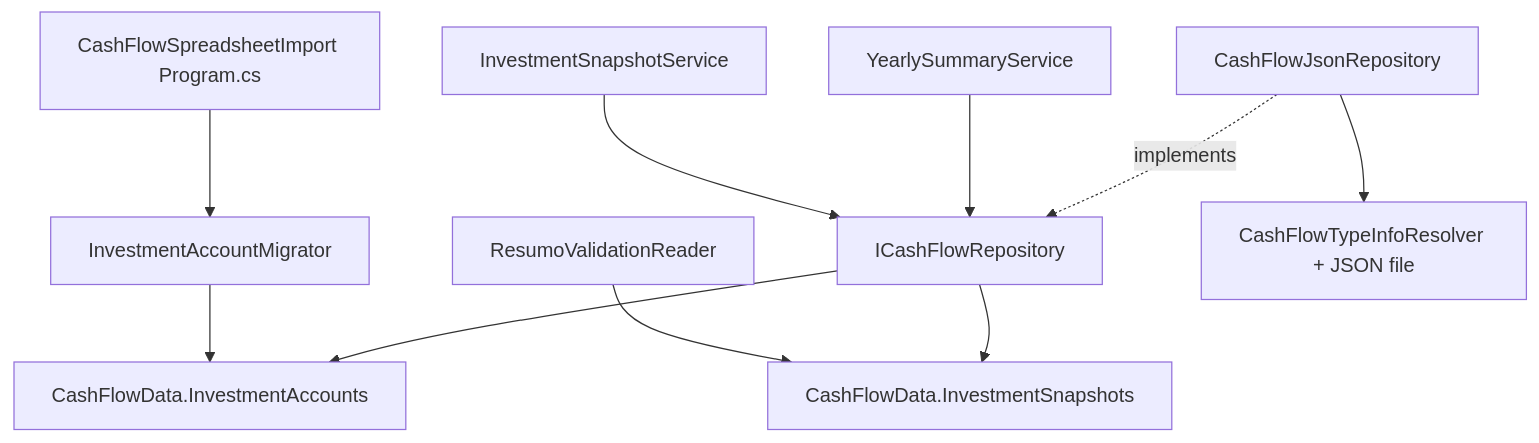
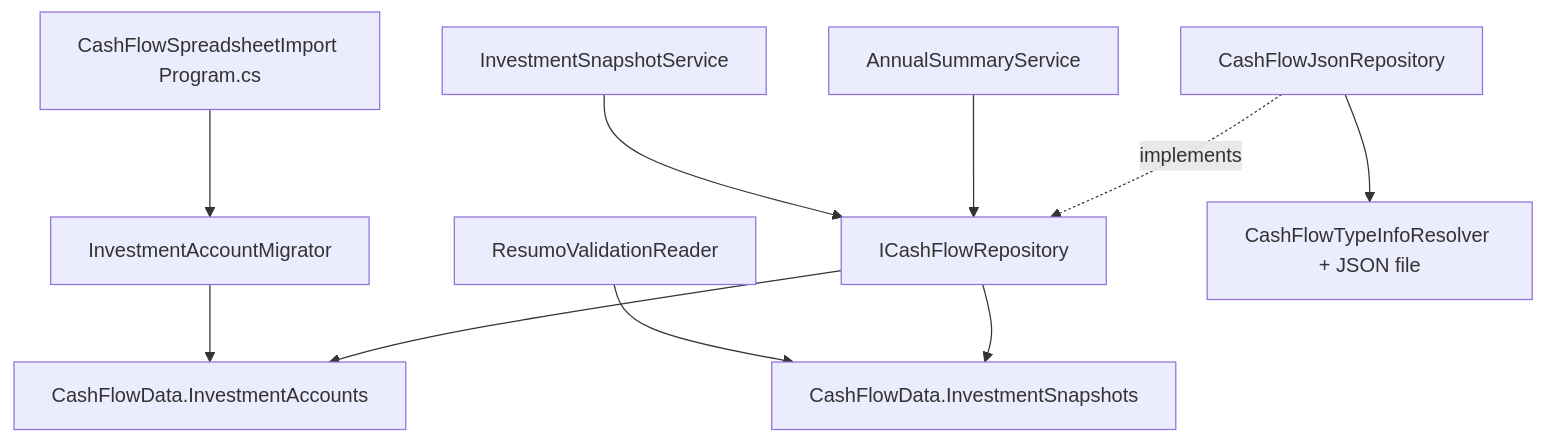
One commit to ggibellato/Financial changed the diagram in docs/P18-F01-investment-account-registry/spec.md. Above: the diagram before and after it, drawn with Mermaid. The commit also changed other lines of this file and 67 other files, not shown here.

First line of the commit message:
refactor(cashflow): rename Yearly to Annual across code and docs (#270)

````diff
--- a/docs/P18-F01-investment-account-registry/spec.md
+++ b/docs/P18-F01-investment-account-registry/spec.md
@@ -30,12 +30,12 @@
 ```mermaid
 graph TD
     A["CashFlowSpreadsheetImport Program.cs"] --> B["InvestmentAccountMigrator"]
     B --> C["CashFlowData.InvestmentAccounts"]
     D["ResumoValidationReader"] --> E["CashFlowData.InvestmentSnapshots"]
     F["InvestmentSnapshotService"] --> G["ICashFlowRepository"]
-    H["YearlySummaryService"] --> G
+    H["AnnualSummaryService"] --> G
     G --> C
     G --> E
     I["CashFlowJsonRepository"] -.implements.-> G
     I --> J["CashFlowTypeInfoResolver + JSON file"]
 ```
````
